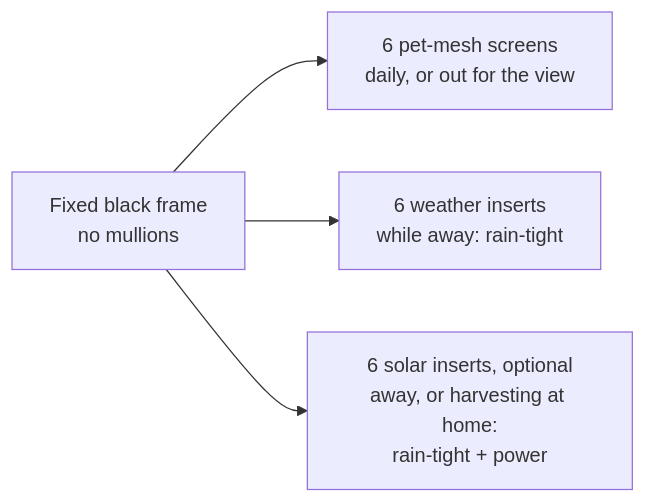
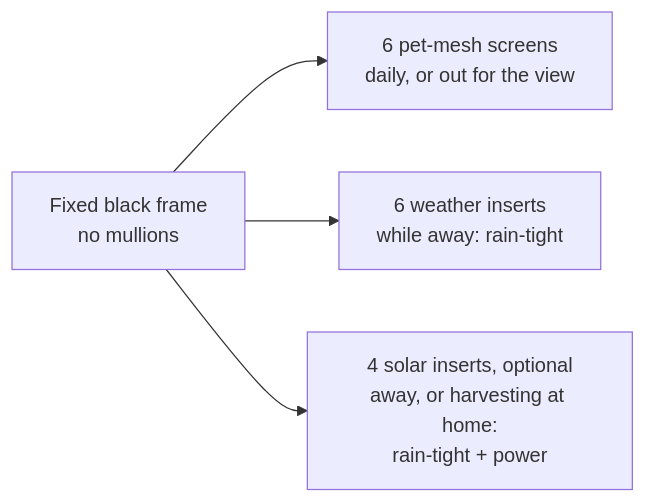
The first of 3 diagrams in docs/plans/2026-11-09-condo-639-balcony-screen-frame.md (wbniv/WorldFoundry), drawn with Mermaid before and after one commit. The commit also changed other lines of this file and 18 other files, not shown here.

````diff
--- a/docs/plans/2026-11-09-condo-639-balcony-screen-frame.md
+++ b/docs/plans/2026-11-09-condo-639-balcony-screen-frame.md
@@ -22,6 +22,6 @@
 ```mermaid
 flowchart LR
   F["Fixed black frame<br/>no mullions"] --> S["6 pet-mesh screens<br/>daily, or out for the view"]
   F --> W["6 weather inserts<br/>while away: rain-tight"]
-  F --> P["6 solar inserts, optional<br/>away, or harvesting at home:<br/>rain-tight + power"]
+  F --> P["4 solar inserts, optional<br/>away, or harvesting at home:<br/>rain-tight + power"]
 ```
````
